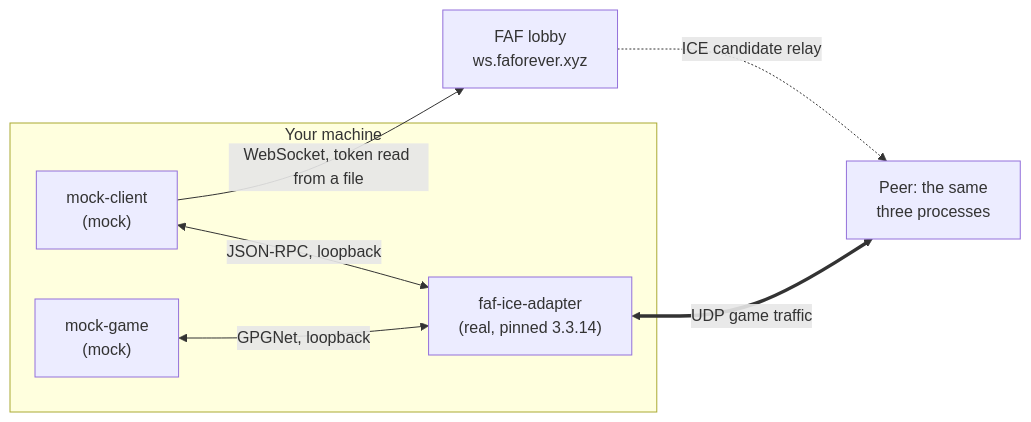
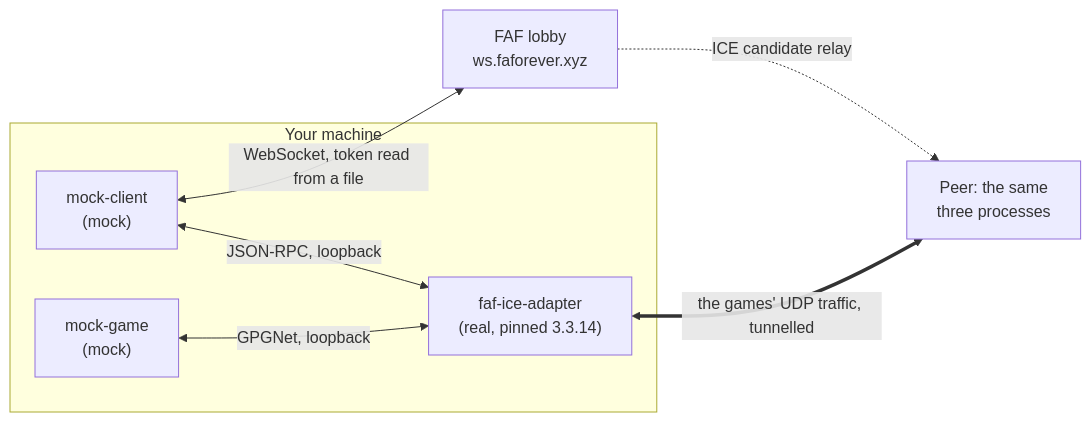
Before and after one commit to md-173/faf-test-harness: the diagram in README.md, drawn with Mermaid. The commit also changed other lines of this file and 2 other files, not shown here.

````diff
--- a/README.md
+++ b/README.md
@@ -47,15 +47,15 @@
 ```mermaid
 flowchart LR
     subgraph local["Your machine"]
         MC["mock-client<br/>(mock)"]
         IA["faf-ice-adapter<br/>(real, pinned 3.3.14)"]
         MG["mock-game<br/>(mock)"]
     end
     LOBBY["FAF lobby<br/>ws.faforever.xyz"]
     PEER["Peer: the same<br/>three processes"]
-    MC -->|"WebSocket, token read from a file"| LOBBY
+    MC <-->|"WebSocket, token read from a file"| LOBBY
     MC <-->|"JSON-RPC, loopback"| IA
     MG <-->|"GPGNet, loopback"| IA
-    IA <==>|"UDP game traffic"| PEER
+    IA <==>|"the games' UDP traffic, tunnelled"| PEER
     LOBBY -.->|"ICE candidate relay"| PEER
 ```
````
